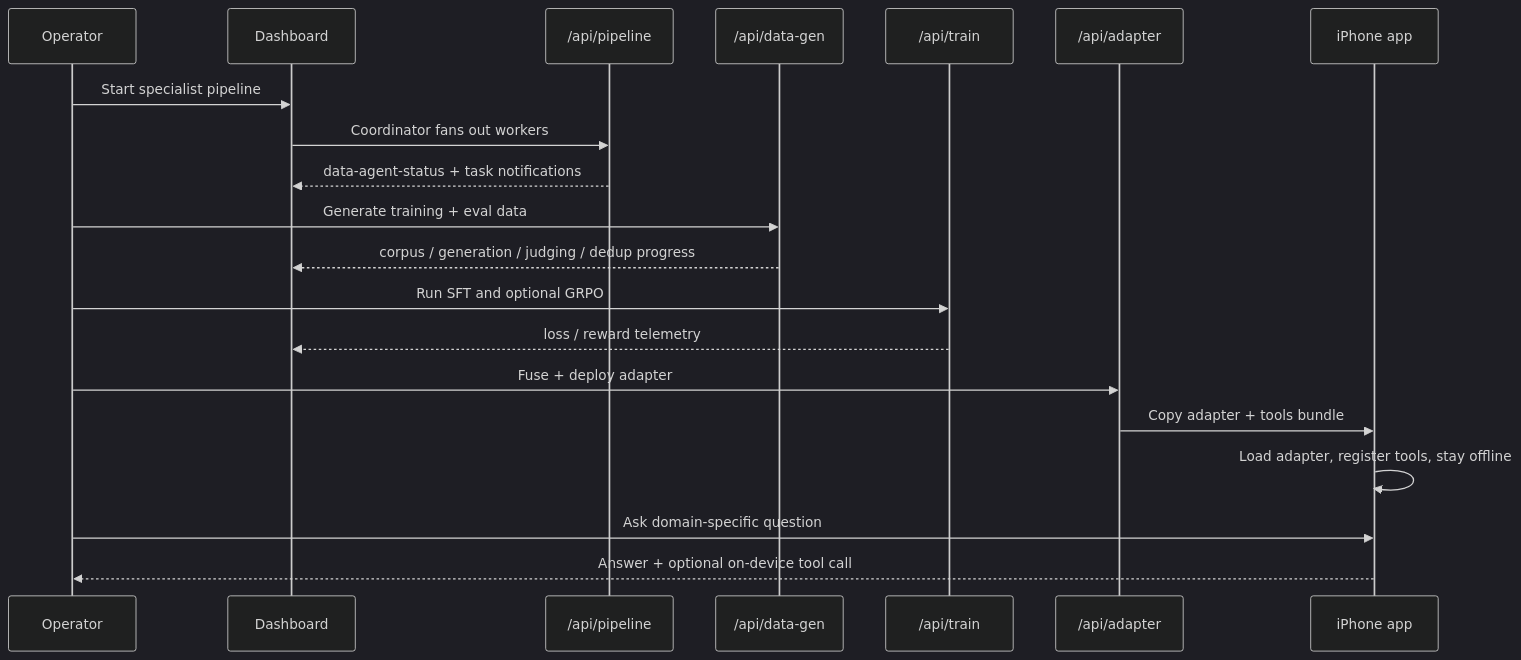
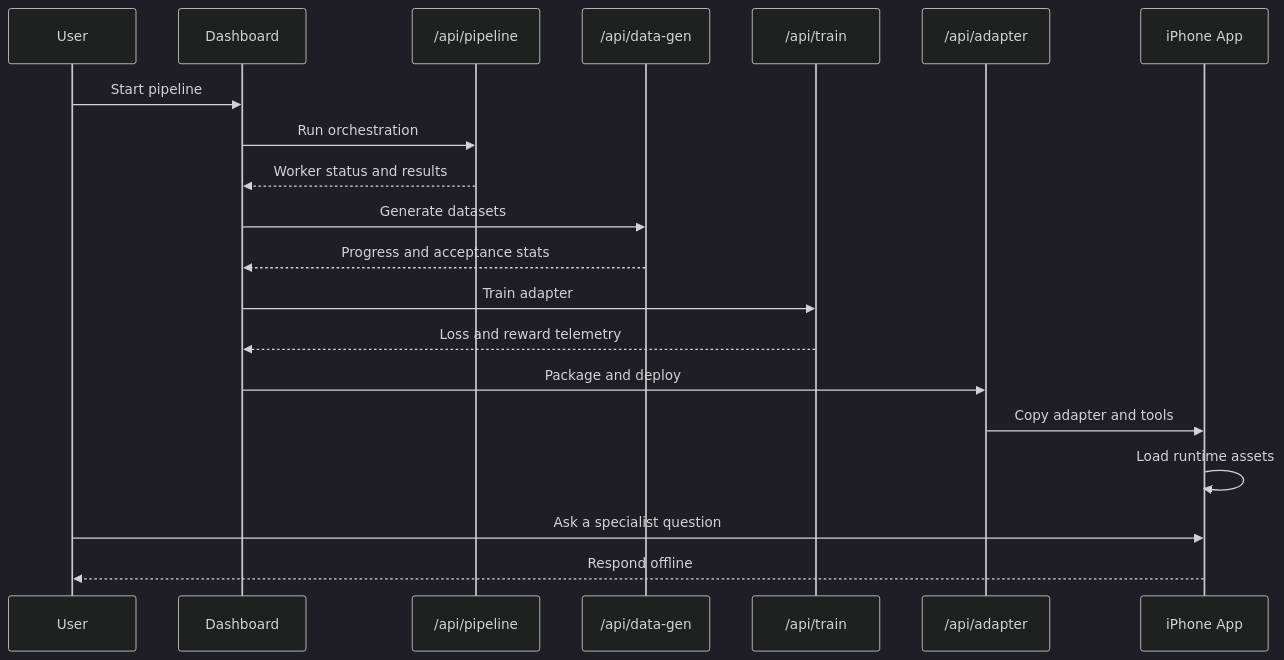
Before and after one commit to Julian-AT/codex-hackathon: the second of 3 diagrams in README.md, drawn with Mermaid (dark theme). The commit also changed other lines of this file, not shown here.

````diff
--- a/README.md
+++ b/README.md
@@ -129,23 +118,23 @@
 ```mermaid
 sequenceDiagram
-  participant OP as Operator
+  participant USER as User
   participant UI as Dashboard
   participant P as /api/pipeline
   participant D as /api/data-gen
   participant T as /api/train
   participant A as /api/adapter
-  participant I as iPhone app
+  participant I as iPhone App
 
-  OP->>UI: Start specialist pipeline
-  UI->>P: Coordinator fans out workers
-  P-->>UI: data-agent-status + task notifications
-  OP->>D: Generate training + eval data
-  D-->>UI: corpus / generation / judging / dedup progress
-  OP->>T: Run SFT and optional GRPO
-  T-->>UI: loss / reward telemetry
-  OP->>A: Fuse + deploy adapter
-  A->>I: Copy adapter + tools bundle
-  I->>I: Load adapter, register tools, stay offline
-  OP->>I: Ask domain-specific question
-  I-->>OP: Answer + optional on-device tool call
+  USER->>UI: Start pipeline
+  UI->>P: Run orchestration
+  P-->>UI: Worker status and results
+  UI->>D: Generate datasets
+  D-->>UI: Progress and acceptance stats
+  UI->>T: Train adapter
+  T-->>UI: Loss and reward telemetry
+  UI->>A: Package and deploy
+  A->>I: Copy adapter and tools
+  I->>I: Load runtime assets
+  USER->>I: Ask a specialist question
+  I-->>USER: Respond offline
 ```
````
